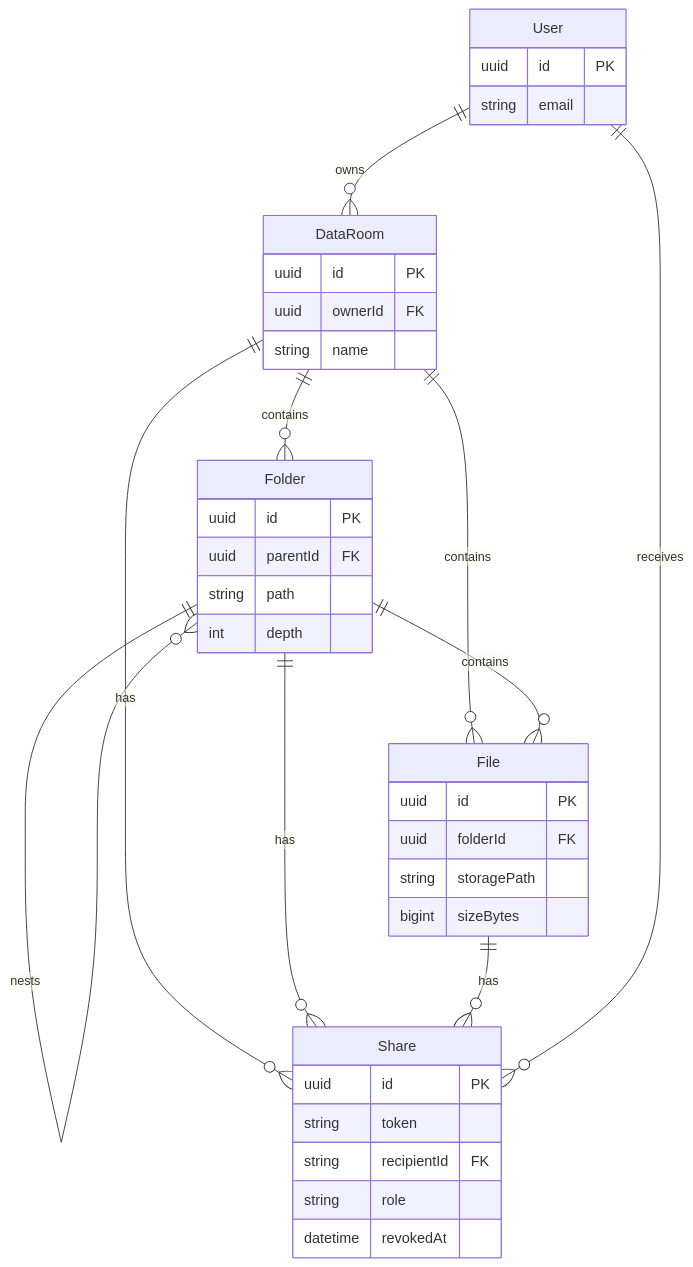
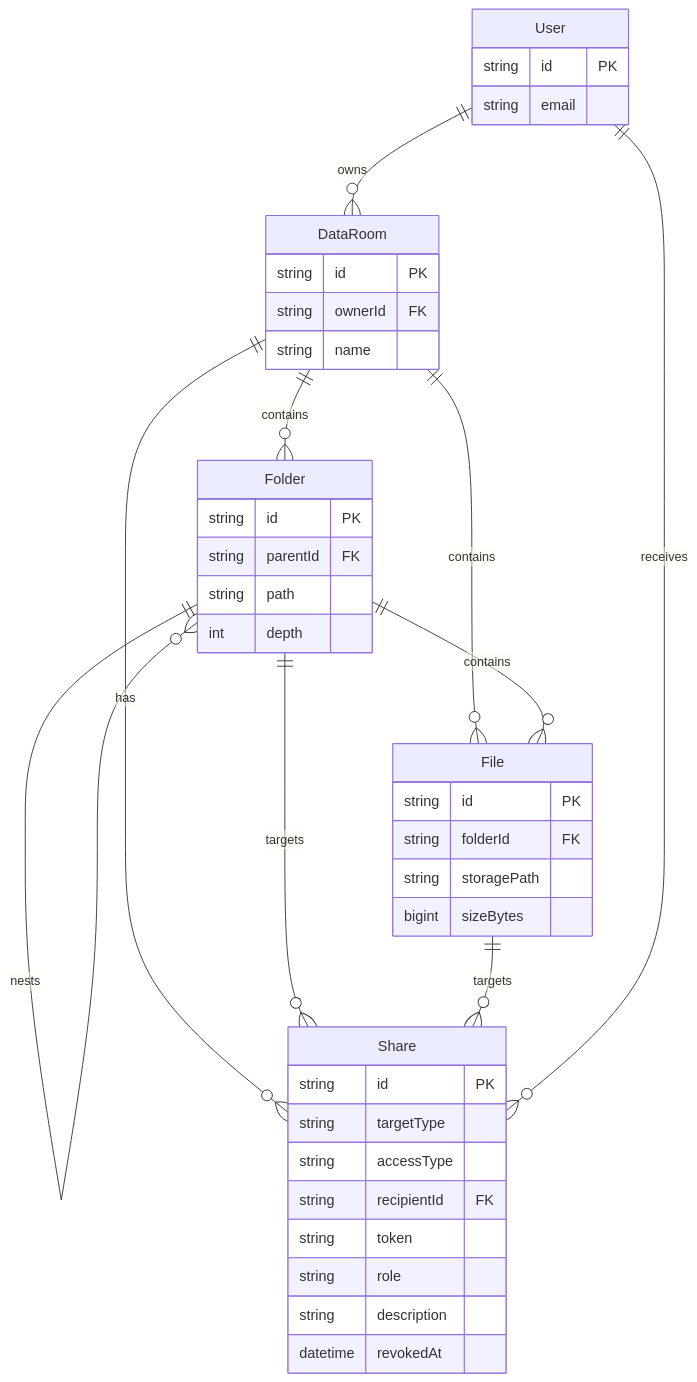
The diagram in README.md (theIvanChornyi/acme-data-room), drawn with Mermaid before and after one commit. The commit also changed other lines of this file and 10 other files, not shown here.

````diff
--- a/README.md
+++ b/README.md
@@ -58,18 +78,18 @@
 ```mermaid
 erDiagram
   User ||--o{ DataRoom : owns
   DataRoom ||--o{ Folder : contains
   DataRoom ||--o{ File : contains
   Folder ||--o{ Folder : nests
   Folder ||--o{ File : contains
   DataRoom ||--o{ Share : has
-  Folder ||--o{ Share : has
-  File ||--o{ Share : has
+  Folder ||--o{ Share : targets
+  File ||--o{ Share : targets
   User ||--o{ Share : receives
 
-  User { uuid id PK string email }
-  DataRoom { uuid id PK uuid ownerId FK string name }
-  Folder { uuid id PK uuid parentId FK string path int depth }
-  File { uuid id PK uuid folderId FK string storagePath bigint sizeBytes }
-  Share { uuid id PK string token string recipientId FK string role datetime revokedAt }
+  User { string id PK string email }
+  DataRoom { string id PK string ownerId FK string name }
+  Folder { string id PK string parentId FK string path int depth }
+  File { string id PK string folderId FK string storagePath bigint sizeBytes }
+  Share { string id PK string targetType string accessType string recipientId FK string token string role string description datetime revokedAt }
 ```
````
